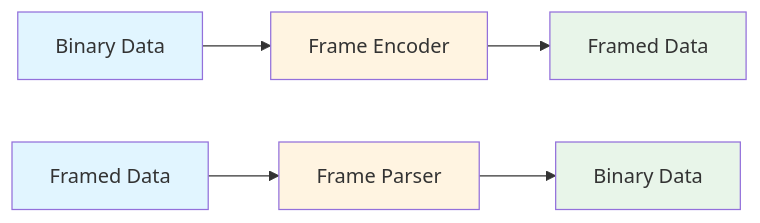
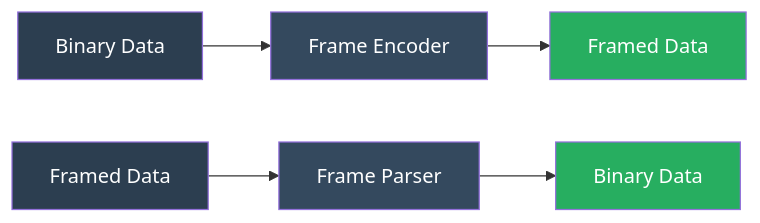
One commit to Mikedan37/BlazeBinary changed the fourth of 8 diagrams in Docs/ARCHITECTURE.md. Above: the diagram before and after it, drawn with Mermaid. The commit also changed other lines of this file and 11 other files, not shown here.

First line of the commit message:
Improve Mermaid diagrams and code display formatting

````diff
--- a/Docs/ARCHITECTURE.md
+++ b/Docs/ARCHITECTURE.md
@@ -104,12 +104,12 @@
 ```mermaid
 graph LR
     A[Binary Data] --> B[Frame Encoder] --> C[Framed Data]
     D[Framed Data] --> E[Frame Parser] --> F[Binary Data]
     
-    style A fill:#e1f5ff
-    style B fill:#fff4e1
-    style C fill:#e8f5e9
-    style D fill:#e1f5ff
-    style E fill:#fff4e1
-    style F fill:#e8f5e9
+    style A fill:#2c3e50,color:#ffffff
+    style B fill:#34495e,color:#ffffff
+    style C fill:#27ae60,color:#ffffff
+    style D fill:#2c3e50,color:#ffffff
+    style E fill:#34495e,color:#ffffff
+    style F fill:#27ae60,color:#ffffff
 ```
````
